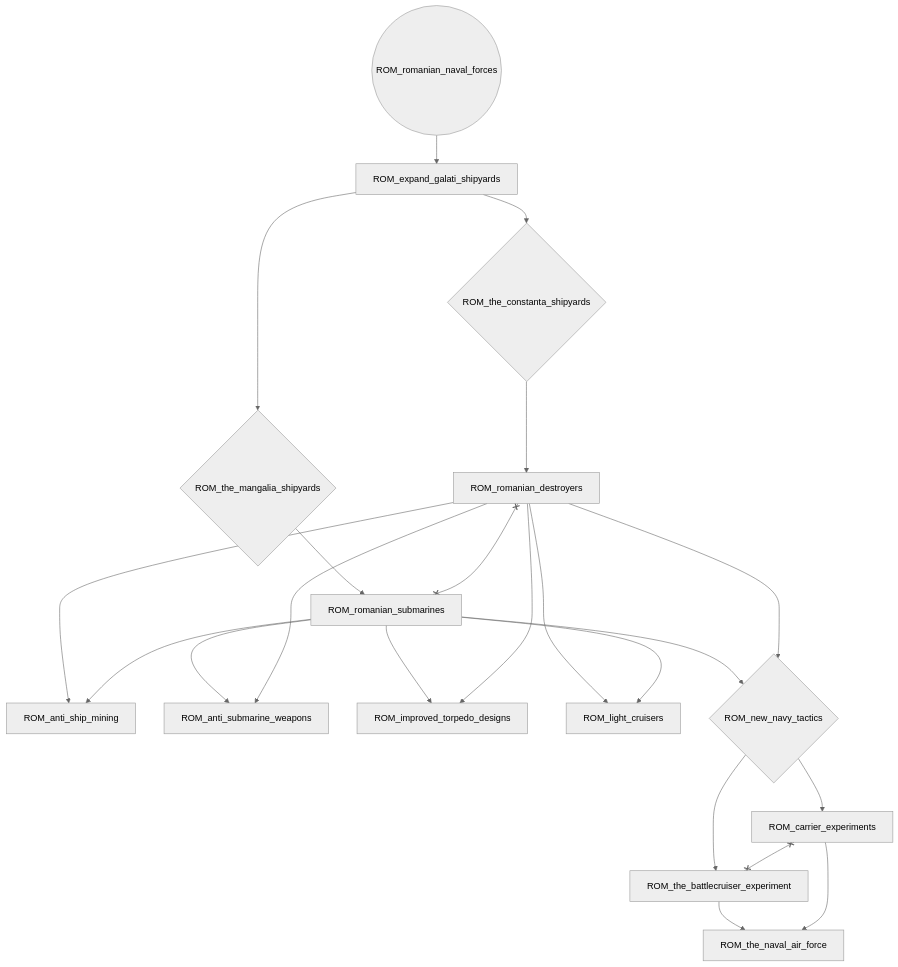
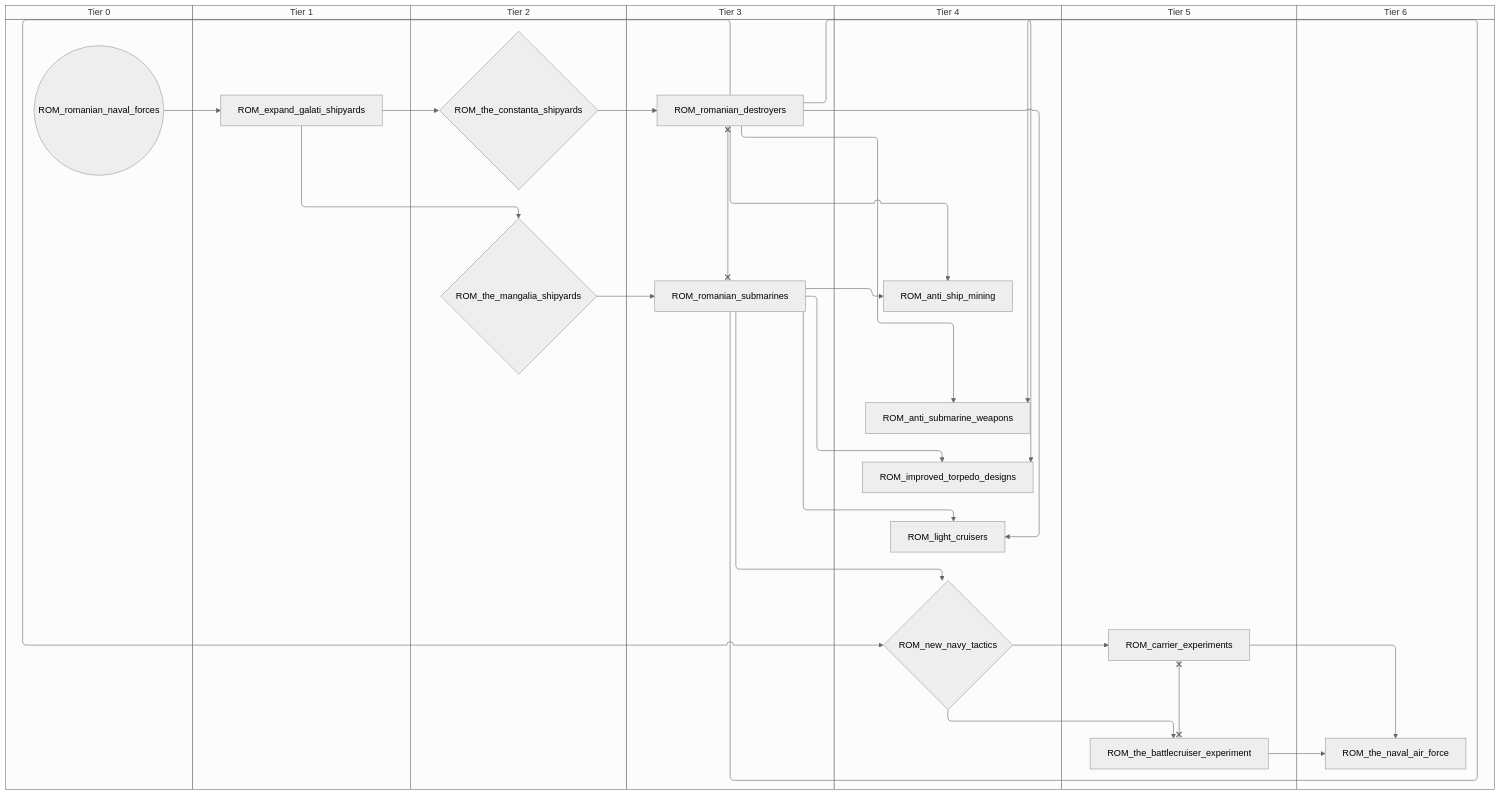
Before and after one commit to evgeny-sobol/hoi4-sandbox-mode-r56: the fourth of 5 diagrams in docs/gdd/National Focuses/romania.md, drawn with Mermaid (neutral theme). The commit also changed other lines of this file and 423 other files, not shown here.

First line of the commit message:
Re-export Rt56 focus trees as swimlane diagrams

````diff
--- a/docs/gdd/National Focuses/romania.md
+++ b/docs/gdd/National Focuses/romania.md
@@ -448,38 +508,52 @@
 ```mermaid
-flowchart TD
-    n188["ROM_anti_ship_mining"]
-    n189["ROM_anti_submarine_weapons"]
-    n190["ROM_carrier_experiments"]
-    n191["ROM_expand_galati_shipyards"]
-    n192["ROM_improved_torpedo_designs"]
-    n193["ROM_light_cruisers"]
-    n194{"ROM_new_navy_tactics"}
-    n195["ROM_romanian_destroyers"]
-    n196(("ROM_romanian_naval_forces"))
-    n197["ROM_romanian_submarines"]
-    n198["ROM_the_battlecruiser_experiment"]
-    n199{"ROM_the_constanta_shipyards"}
-    n200{"ROM_the_mangalia_shipyards"}
-    n201["ROM_the_naval_air_force"]
-    n195 --> n188
-    n197 --> n188
-    n197 --> n189
-    n195 --> n189
-    n194 --> n190
-    n196 --> n191
-    n197 --> n192
-    n195 --> n192
-    n195 --> n193
-    n197 --> n193
-    n197 --> n194
-    n195 --> n194
-    n199 --> n195
-    n200 --> n197
-    n194 --> n198
-    n191 --> n199
-    n191 --> n200
-    n198 --> n201
-    n190 --> n201
-    n190 x--x n198
-    n195 x--x n197
+swimlane-beta TD
+    subgraph tier_0["Tier 0"]
+        n188(("ROM_romanian_naval_forces"))
+    end
+    subgraph tier_1["Tier 1"]
+        n189["ROM_expand_galati_shipyards"]
+    end
+    subgraph tier_2["Tier 2"]
+        n190{"ROM_the_constanta_shipyards"}
+        n191{"ROM_the_mangalia_shipyards"}
+    end
+    subgraph tier_3["Tier 3"]
+        n192["ROM_romanian_destroyers"]
+        n193["ROM_romanian_submarines"]
+    end
+    subgraph tier_4["Tier 4"]
+        n194["ROM_anti_ship_mining"]
+        n195["ROM_anti_submarine_weapons"]
+        n196["ROM_improved_torpedo_designs"]
+        n197["ROM_light_cruisers"]
+        n198{"ROM_new_navy_tactics"}
+    end
+    subgraph tier_5["Tier 5"]
+        n199["ROM_carrier_experiments"]
+        n200["ROM_the_battlecruiser_experiment"]
+    end
+    subgraph tier_6["Tier 6"]
+        n201["ROM_the_naval_air_force"]
+    end
+    n192 --> n194
+    n193 --> n194
+    n193 --> n195
+    n192 --> n195
+    n198 --> n199
+    n188 --> n189
+    n193 --> n196
+    n192 --> n196
+    n192 --> n197
+    n193 --> n197
+    n193 --> n198
+    n192 --> n198
+    n190 --> n192
+    n191 --> n193
+    n198 --> n200
+    n189 --> n190
+    n189 --> n191
+    n200 --> n201
+    n199 --> n201
+    n199 x--x n200
+    n192 x--x n193
 ```
````
